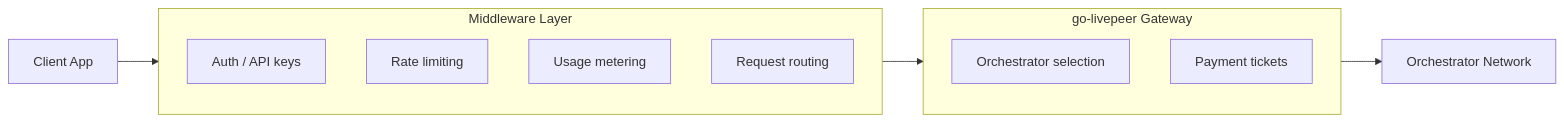
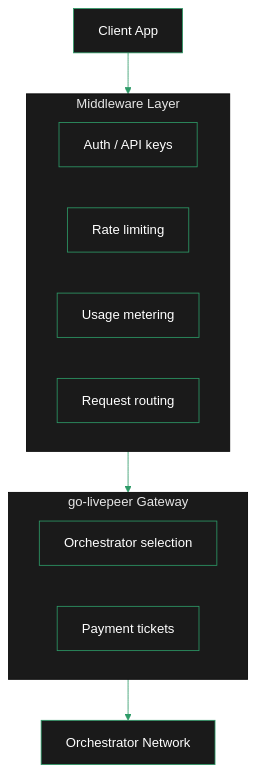
One commit to sidestream-tech/livepeer-docs changed the diagram in v2/gateways/guides/advanced-operations/gateway-middleware.mdx. Above: the diagram before and after it, drawn with Mermaid. The commit also changed other lines of this file and 18 other files, not shown here.

````diff
--- a/v2/gateways/guides/advanced-operations/gateway-middleware.mdx
+++ b/v2/gateways/guides/advanced-operations/gateway-middleware.mdx
@@ -51,17 +57,17 @@
 ```mermaid
-%%{init: {'theme': 'base', 'themeVariables': { 'primaryColor': '#2b9a66', 'primaryTextColor': '#E0E4E0', 'primaryBorderColor': '#18794E', 'lineColor': '#2b9a66', 'secondaryColor': '#1a1a1a', 'tertiaryColor': '#3CB540', 'background': '#0d0d0d', 'fontFamily': "Inter, 'Inter Fallback', -apple-system, system-ui" }}}%%
-flowchart LR
+%%{init: {'theme': 'base', 'themeVariables': { 'primaryColor': '#1a1a1a', 'primaryTextColor': '#fff', 'primaryBorderColor': '#2d9a67', 'lineColor': '#2d9a67', 'secondaryColor': '#0d0d0d', 'tertiaryColor': '#1a1a1a', 'background': '#0d0d0d', 'fontFamily': 'system-ui' }}}%%
+flowchart TB
     C[Client App] --> MW
     subgraph MW["Middleware Layer"]
       A[Auth / API keys]
       RL[Rate limiting]
       M[Usage metering]
       R[Request routing]
     end
     MW --> GW
     subgraph GW["go-livepeer Gateway"]
       O[Orchestrator selection]
       P[Payment tickets]
     end
     GW --> ORCH[Orchestrator Network]
 ```
````
